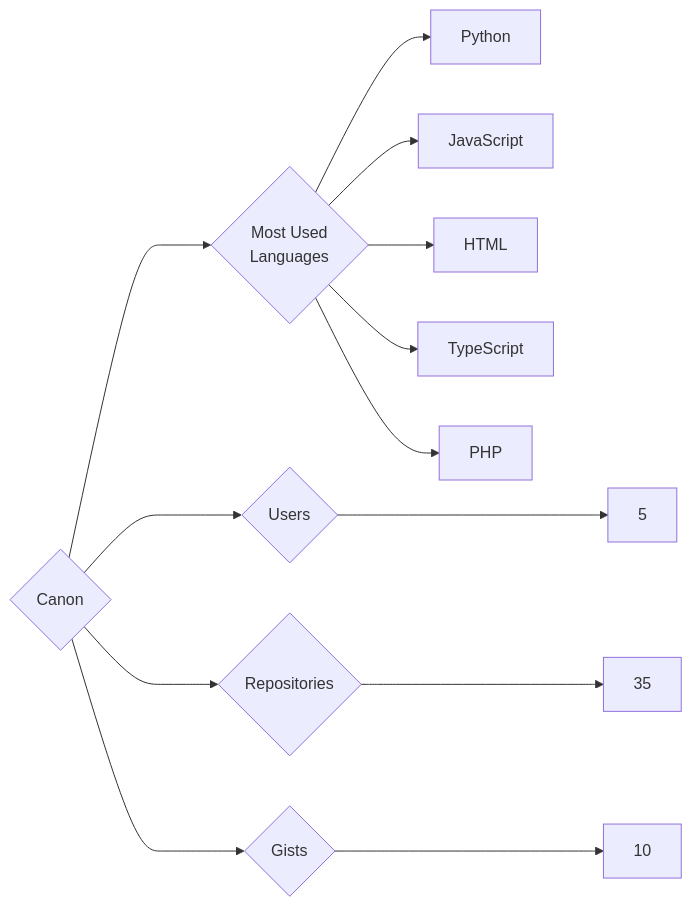
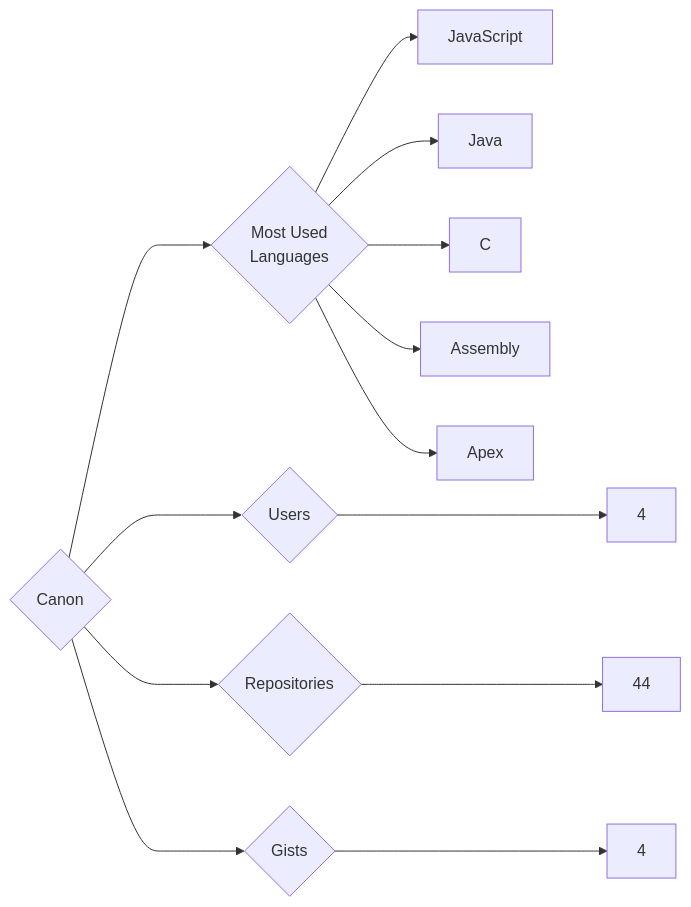
Before and after one commit to trickest/insiders: the diagram in targets/Canon/README.md, drawn with Mermaid. The commit also changed 880 other files, not shown here.

````diff
--- a/targets/Canon/README.md
+++ b/targets/Canon/README.md
@@ -3,13 +3,13 @@
 ```mermaid
 graph LR
 COMPANY_NAME{Canon}
-COMPANY_NAME ---> U{Users} ---> UN[5]
-COMPANY_NAME ---> R{Repositories} ---> RN[35]
-COMPANY_NAME ---> G{Gists} ---> GN[10]
+COMPANY_NAME ---> U{Users} ---> UN[4]
+COMPANY_NAME ---> R{Repositories} ---> RN[44]
+COMPANY_NAME ---> G{Gists} ---> GN[4]
 COMPANY_NAME ---> ML{Most Used<br>Languages}
-ML --> Python[Python]
 ML --> JavaScript[JavaScript]
-ML --> HTML[HTML]
-ML --> TypeScript[TypeScript]
-ML --> PHP[PHP]
+ML --> Java[Java]
+ML --> C[C]
+ML --> Assembly[Assembly]
+ML --> Apex[Apex]
 ```
````
